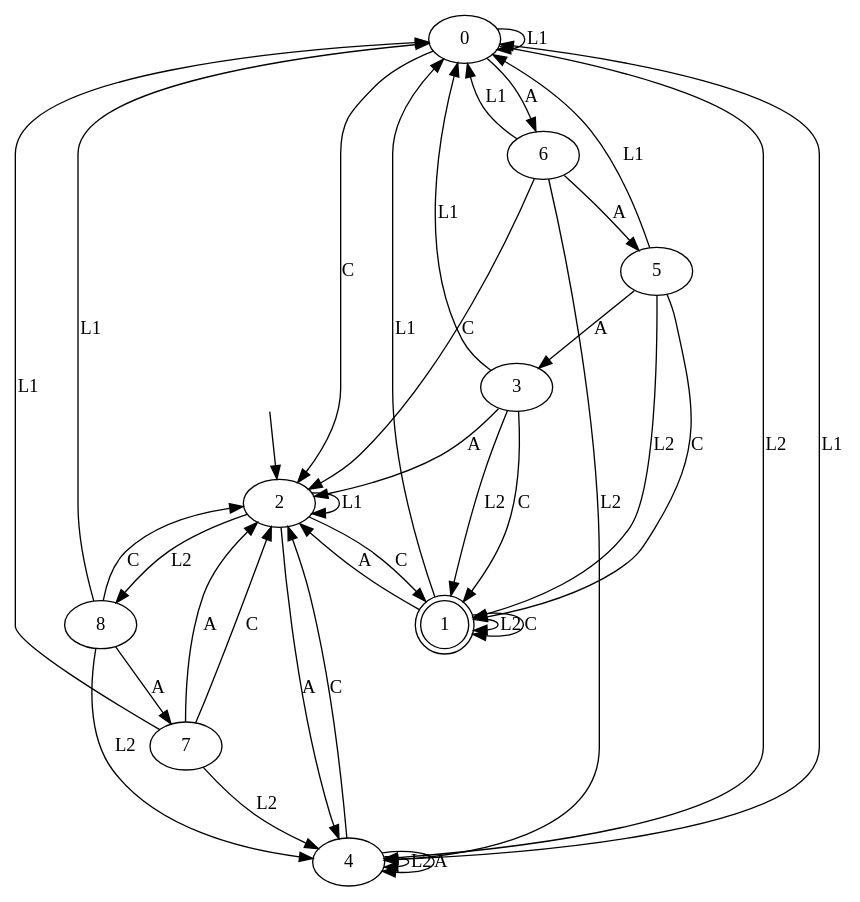
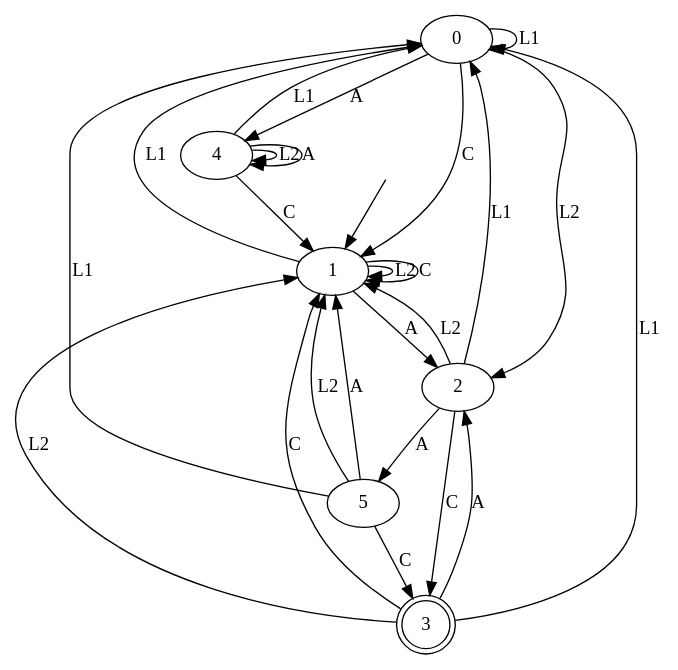
Before and after one commit to tomyaacov/lstar_dont_care: the diagram in output/magento_result_a_0.4.dot, drawn with Graphviz. The commit also changed 22 other files, not shown here.

```diff
--- a/output/magento_result_a_0.4.dot
+++ b/output/magento_result_a_0.4.dot
@@ -1,49 +1,34 @@
 digraph "output/magento_result_a_0.4" {
 0 [label=0];
-1 [label=1, shape=doublecircle];
+1 [label=1];
 2 [label=2];
-3 [label=3];
+3 [label=3, shape=doublecircle];
 4 [label=4];
 5 [label=5];
-6 [label=6];
-7 [label=7];
-8 [label=8];
 0 -> 0  [label=L1];
-0 -> 4  [label=L2];
-0 -> 6  [label=A];
-0 -> 2  [label=C];
+0 -> 2  [label=L2];
+0 -> 4  [label=A];
+0 -> 1  [label=C];
 1 -> 0  [label=L1];
 1 -> 1  [label=L2];
 1 -> 2  [label=A];
 1 -> 1  [label=C];
-2 -> 2  [label=L1];
-2 -> 8  [label=L2];
-2 -> 4  [label=A];
-2 -> 1  [label=C];
+2 -> 0  [label=L1];
+2 -> 1  [label=L2];
+2 -> 5  [label=A];
+2 -> 3  [label=C];
 3 -> 0  [label=L1];
 3 -> 1  [label=L2];
 3 -> 2  [label=A];
 3 -> 1  [label=C];
 4 -> 0  [label=L1];
 4 -> 4  [label=L2];
 4 -> 4  [label=A];
-4 -> 2  [label=C];
+4 -> 1  [label=C];
 5 -> 0  [label=L1];
 5 -> 1  [label=L2];
-5 -> 3  [label=A];
-5 -> 1  [label=C];
-6 -> 0  [label=L1];
-6 -> 4  [label=L2];
-6 -> 5  [label=A];
-6 -> 2  [label=C];
-7 -> 0  [label=L1];
-7 -> 4  [label=L2];
-7 -> 2  [label=A];
-7 -> 2  [label=C];
-8 -> 0  [label=L1];
-8 -> 4  [label=L2];
-8 -> 7  [label=A];
-8 -> 2  [label=C];
+5 -> 1  [label=A];
+5 -> 3  [label=C];
 __start0 [label="", shape=none];
-__start0 -> 2  [label=""];
+__start0 -> 1  [label=""];
 }
```
